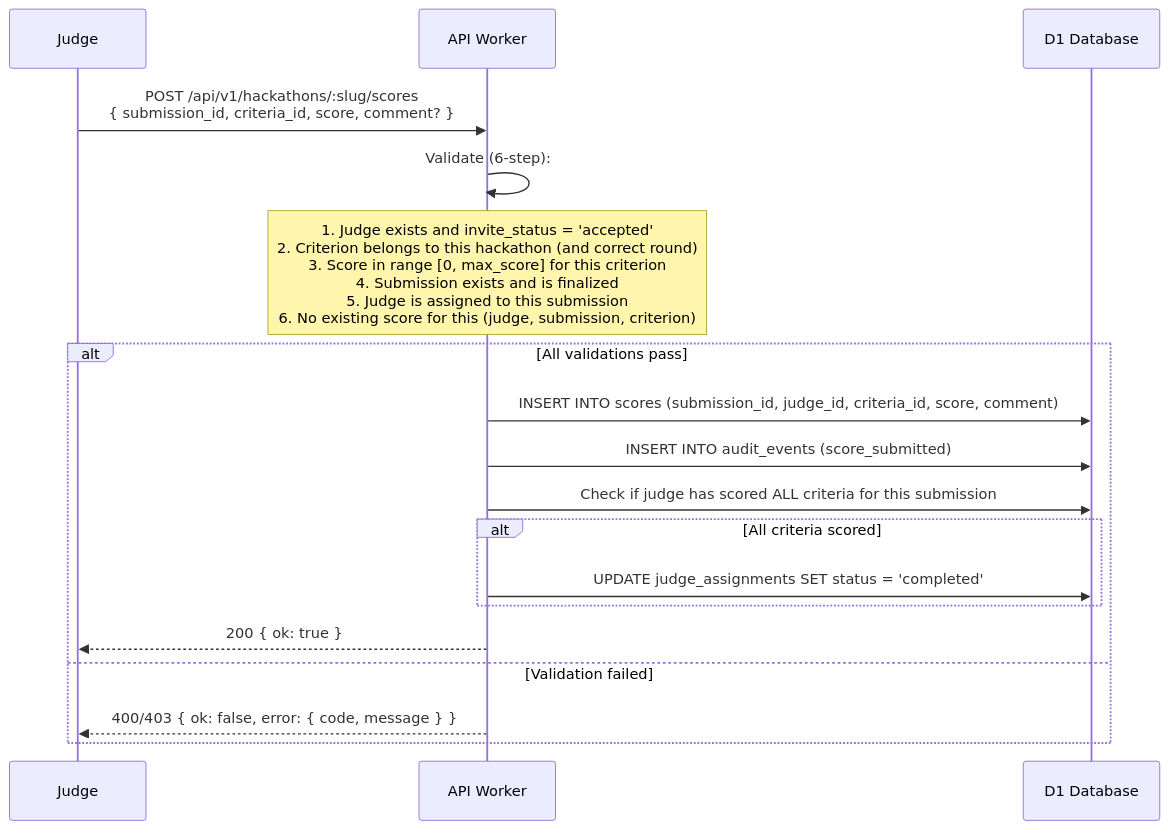
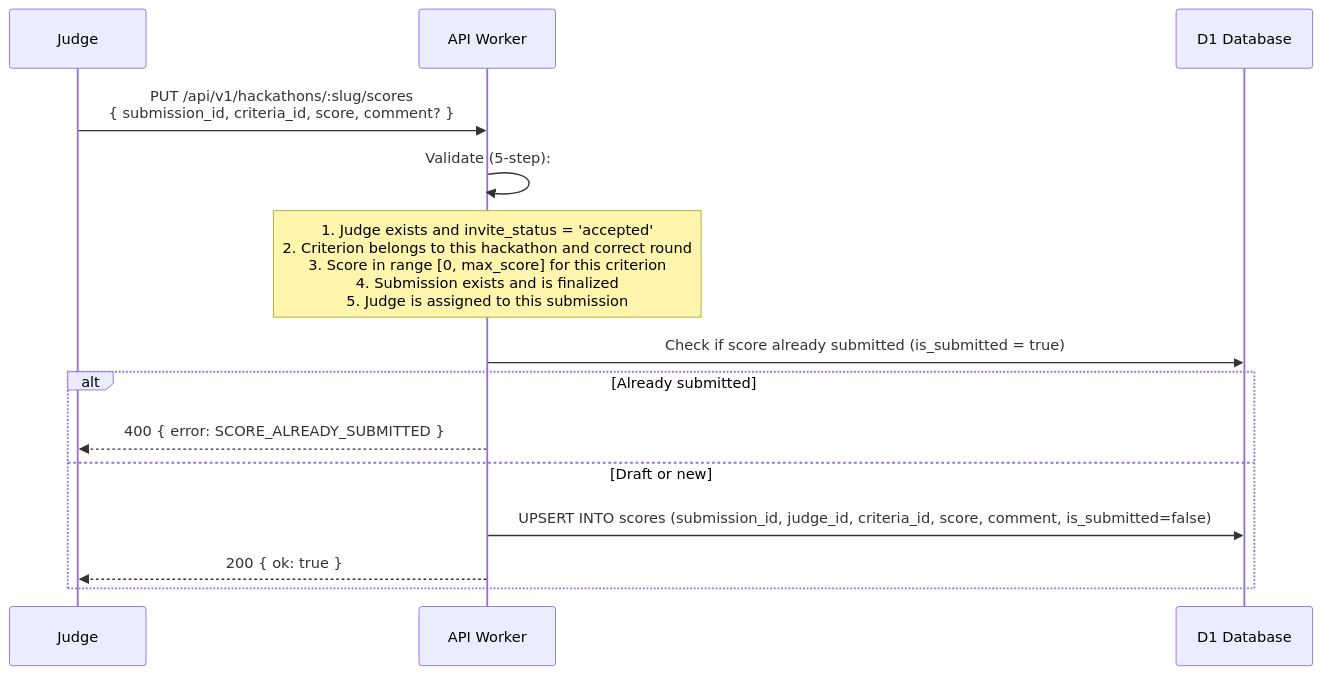
Before and after one commit to devangshupandey2025-stack/DevSage: the seventh of 11 diagrams in docs/v3/planned/judging.md, drawn with Mermaid. The commit also changed other lines of this file, not shown here.

First line of the commit message:
docs(judging): align with rounds system, remove audience voting, add draft scoring

````diff
--- a/docs/v3/planned/judging.md
+++ b/docs/v3/planned/judging.md
@@ -370,25 +368,19 @@
 ```mermaid
 sequenceDiagram
     participant J as Judge
     participant W as API Worker
     participant D1 as D1 Database
 
-    J->>W: POST /api/v1/hackathons/:slug/scores<br/>{ submission_id, criteria_id, score, comment? }
+    J->>W: PUT /api/v1/hackathons/:slug/scores<br/>{ submission_id, criteria_id, score, comment? }
 
-    W->>W: Validate (6-step):
-    Note over W: 1. Judge exists and invite_status = 'accepted'<br/>2. Criterion belongs to this hackathon (and correct round)<br/>3. Score in range [0, max_score] for this criterion<br/>4. Submission exists and is finalized<br/>5. Judge is assigned to this submission<br/>6. No existing score for this (judge, submission, criterion)
+    W->>W: Validate (5-step):
+    Note over W: 1. Judge exists and invite_status = 'accepted'<br/>2. Criterion belongs to this hackathon and correct round<br/>3. Score in range [0, max_score] for this criterion<br/>4. Submission exists and is finalized<br/>5. Judge is assigned to this submission
 
-    alt All validations pass
-        W->>D1: INSERT INTO scores (submission_id, judge_id, criteria_id, score, comment)
-        W->>D1: INSERT INTO audit_events (score_submitted)
-        
-        W->>D1: Check if judge has scored ALL criteria for this submission
-        alt All criteria scored
-            W->>D1: UPDATE judge_assignments SET status = 'completed'
-        end
-
+    W->>D1: Check if score already submitted (is_submitted = true)
+    alt Already submitted
+        W-->>J: 400 { error: SCORE_ALREADY_SUBMITTED }
+    else Draft or new
+        W->>D1: UPSERT INTO scores (submission_id, judge_id, criteria_id, score, comment, is_submitted=false)
         W-->>J: 200 { ok: true }
-    else Validation failed
-        W-->>J: 400/403 { ok: false, error: { code, message } }
     end
 ```
````
